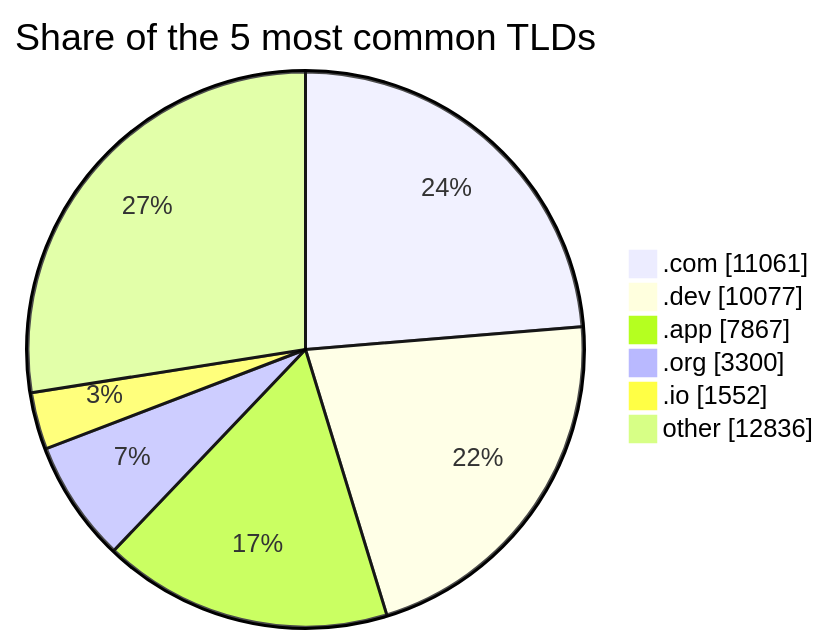
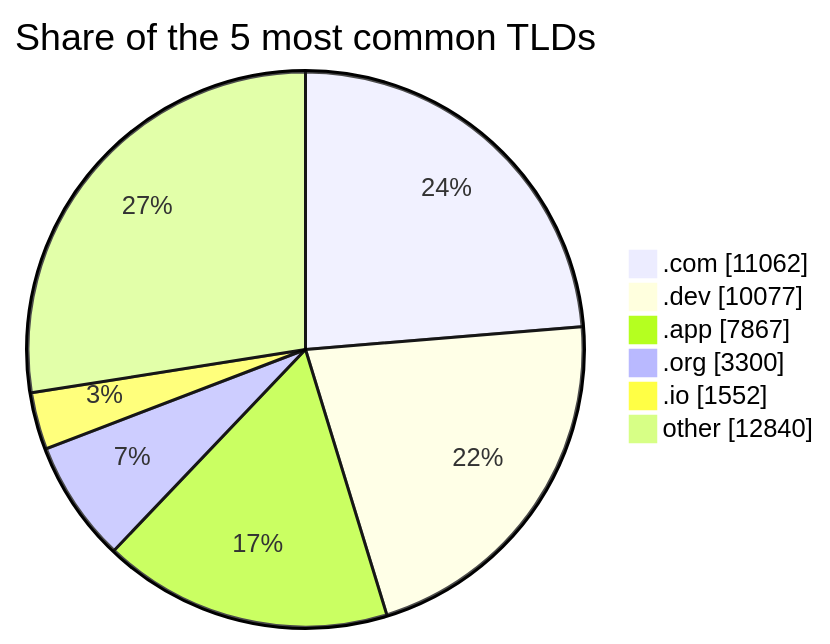
The third of 3 diagrams in README.md (DNSBunker/CTI), drawn with Mermaid before and after one commit. The commit also changed other lines of this file and 3 other files, not shown here.

````diff
--- a/README.md
+++ b/README.md
@@ -81,9 +81,9 @@
 ```mermaid
 pie showData title Share of the 5 most common TLDs
-    ".com" : 11061
+    ".com" : 11062
     ".dev" : 10077
     ".app" : 7867
     ".org" : 3300
     ".io" : 1552
-    "other" : 12836
+    "other" : 12840
 ```
````
